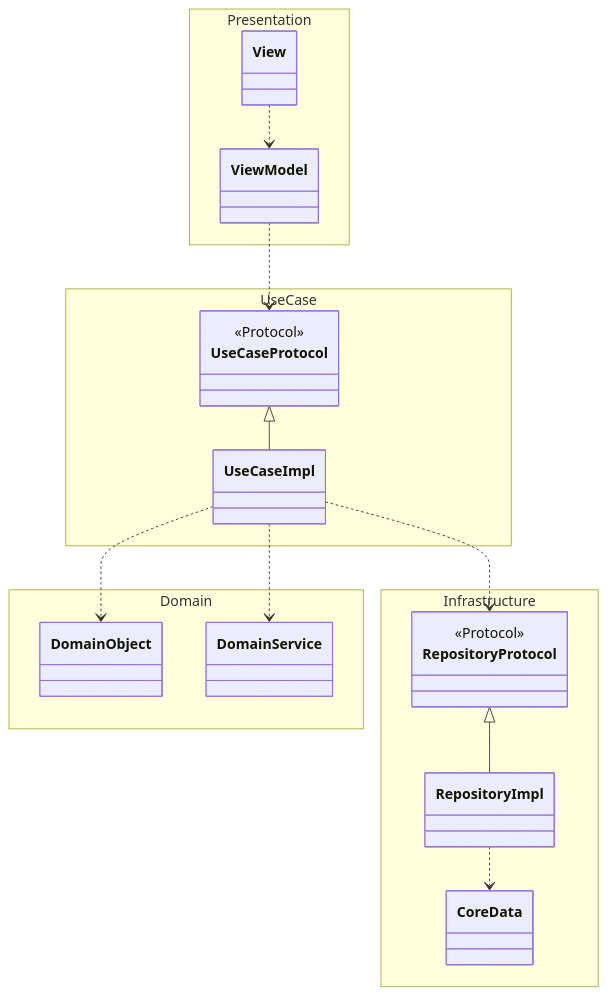
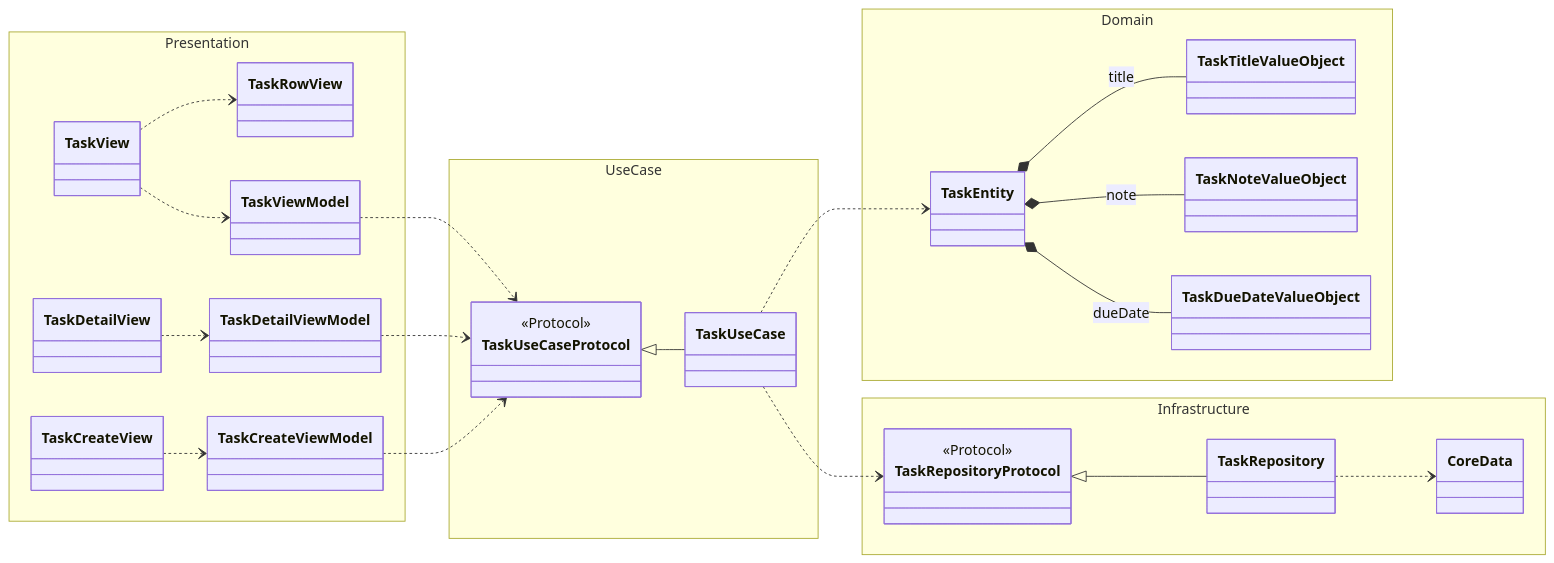
The first of 2 diagrams in README.md (Yoppei/swiftui-mvvm-clean-architecture-todo), drawn with Mermaid before and after one commit. The commit also changed other lines of this file, not shown here.

Commit message:
Update: README.md

````diff
--- a/README.md
+++ b/README.md
@@ -8,34 +8,52 @@
 ```mermaid
 classDiagram
 namespace Presentation {
-  class View
-  class ViewModel
+  class TaskView
+  class TaskRowView
+  class TaskDetailView
+  class TaskCreateView
+  class TaskViewModel
+  class TaskDetailViewModel
+  class TaskCreateViewModel
 }
 namespace UseCase {
-  class UseCaseProtocol
-  class UseCaseImpl
+  class TaskUseCaseProtocol
+  class TaskUseCase
 }
 namespace Domain {
-  class DomainObject
-  class DomainService
+  class TaskEntity
+  class TaskTitleValueObject
+  class TaskNoteValueObject
+  class TaskDueDateValueObject
 }
 namespace Infrastructure {
-  class RepositoryProtocol
-  class RepositoryImpl
+  class TaskRepositoryProtocol
+  class TaskRepository
   class CoreData
 }
 
-direction TB
-View ..> ViewModel
-ViewModel ..> UseCaseProtocol
-UseCaseProtocol <|-- UseCaseImpl
-UseCaseImpl ..> DomainObject
-UseCaseImpl ..> DomainService
-UseCaseImpl ..> RepositoryProtocol
-RepositoryProtocol <|-- RepositoryImpl
-RepositoryImpl ..> CoreData
+direction LR
+TaskView..>TaskViewModel
+TaskView..>TaskRowView
+TaskDetailView..>TaskDetailViewModel
+TaskCreateView..>TaskCreateViewModel
 
-<<Protocol>> UseCaseProtocol
-<<Protocol>> RepositoryProtocol
+TaskViewModel..>TaskUseCaseProtocol
+TaskDetailViewModel..>TaskUseCaseProtocol
+TaskCreateViewModel..>TaskUseCaseProtocol
+TaskUseCaseProtocol<|--TaskUseCase
 
+TaskEntity*--TaskTitleValueObject: title
+TaskEntity*--TaskNoteValueObject: note
+TaskEntity*--TaskDueDateValueObject: dueDate
+TaskUseCase..>TaskEntity
+
+
+TaskRepositoryProtocol<|--TaskRepository
+TaskRepository..>CoreData
+TaskUseCase..>TaskRepositoryProtocol
+
+
+<<Protocol>> TaskUseCaseProtocol
+<<Protocol>> TaskRepositoryProtocol
 ```
````
